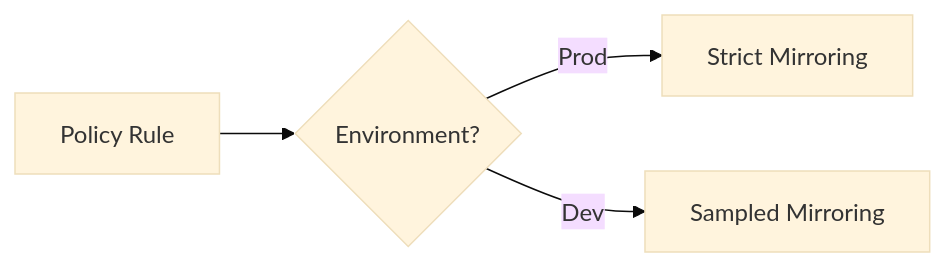
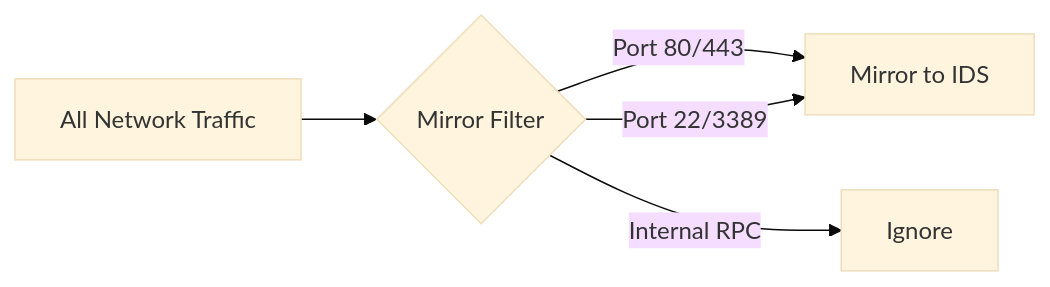
Before and after one commit to Devopstrio/traffic-mirroring-for-ids: the sixth of 10 diagrams in README.md, drawn with Mermaid (base theme). The commit also changed other lines of this file, not shown here.

Commit message:
docs: implement 10+ professional architecture diagrams for network threat visibility

````diff
--- a/README.md
+++ b/README.md
@@ -121,6 +188,7 @@
 ```mermaid
 graph LR
-    Rule[Policy Rule] --> Apply{Environment?}
-    Apply -->|Prod| Enforce[Strict Mirroring]
-    Apply -->|Dev| Sample[Sampled Mirroring]
+    Traffic[All Network Traffic] --> Filter{Mirror Filter}
+    Filter -->|Port 80/443| Mirror[Mirror to IDS]
+    Filter -->|Port 22/3389| Mirror
+    Filter -->|Internal RPC| Drop[Ignore]
 ```
````
